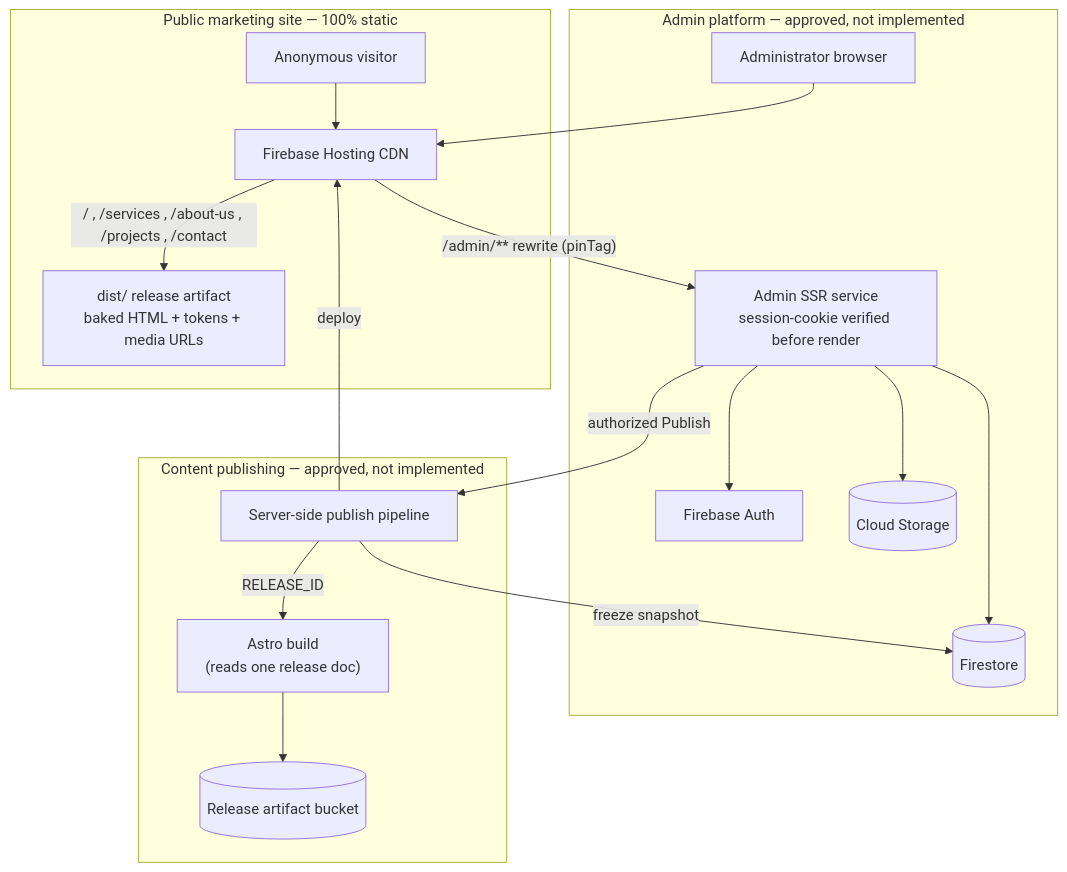
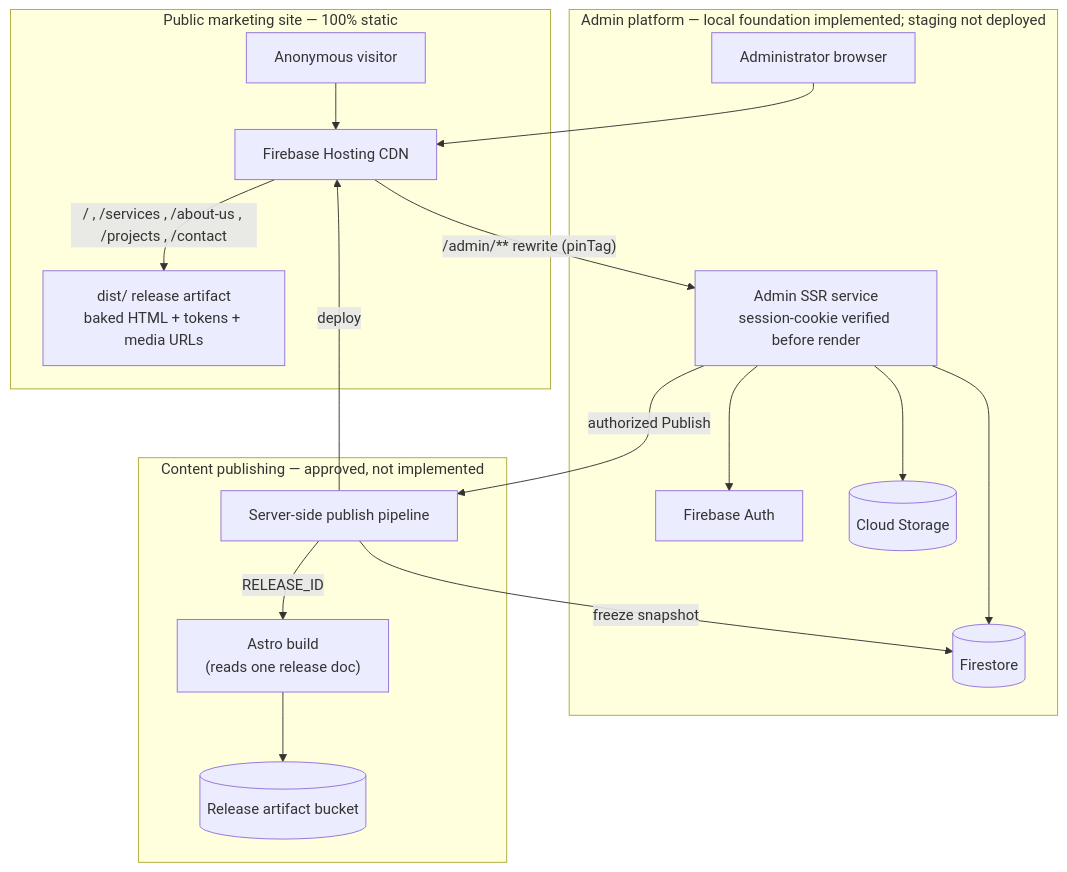
Before and after one commit to CJanithWaduge/rajarata-engineering: the first of 3 diagrams in ARCHITECTURE.md, drawn with Mermaid. The commit also changed other lines of this file and 47 other files, not shown here.

````diff
--- a/ARCHITECTURE.md
+++ b/ARCHITECTURE.md
@@ -29,23 +31,23 @@
 ```mermaid
 flowchart TB
   subgraph public["Public marketing site — 100% static"]
     V[Anonymous visitor] --> H[Firebase Hosting CDN]
     H -- "/ , /services , /about-us , /projects , /contact" --> D["dist/ release artifact<br/>baked HTML + tokens + media URLs"]
   end
 
-  subgraph admin["Admin platform — approved, not implemented"]
+  subgraph admin["Admin platform — local foundation implemented; staging not deployed"]
     AD[Administrator browser] --> H
     H -- "/admin/** rewrite (pinTag)" --> SSR["Admin SSR service<br/>session-cookie verified before render"]
     SSR --> AUTH[Firebase Auth]
     SSR --> FS[(Firestore)]
     SSR --> ST[(Cloud Storage)]
   end
 
   subgraph publish["Content publishing — approved, not implemented"]
     SSR -- "authorized Publish" --> PIPE[Server-side publish pipeline]
     PIPE -- "freeze snapshot" --> FS
     PIPE -- "RELEASE_ID" --> BUILD["Astro build<br/>(reads one release doc)"]
     BUILD --> ART[(Release artifact bucket)]
     PIPE -- "deploy" --> H
   end
 ```
````
